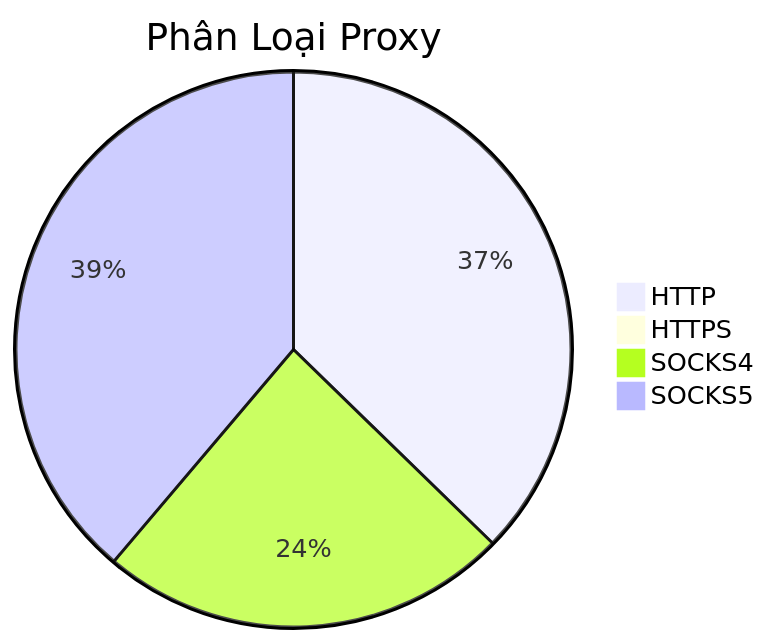
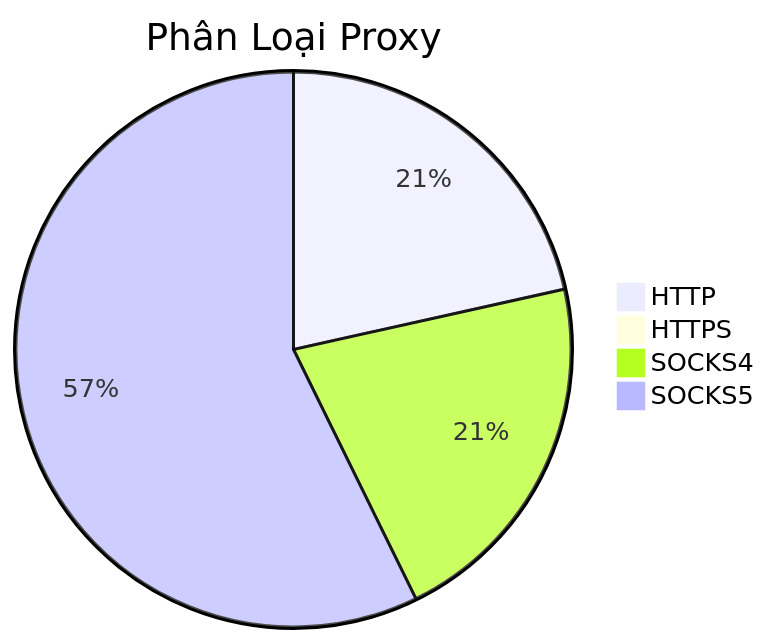
One commit to Ciara-Aa/PROXY-free changed the diagram in README.md. Above: the diagram before and after it, drawn with Mermaid. The commit also changed other lines of this file and 3 other files, not shown here.

````diff
--- a/README.md
+++ b/README.md
@@ -26,7 +26,7 @@
 ```mermaid
 pie title Phân Loại Proxy
-    "HTTP" : 488
+    "HTTP" : 222
     "HTTPS" : 2
-    "SOCKS4" : 313
-    "SOCKS5" : 508
+    "SOCKS4" : 219
+    "SOCKS5" : 591
 ```
````
